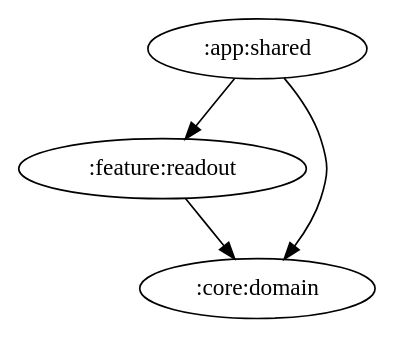
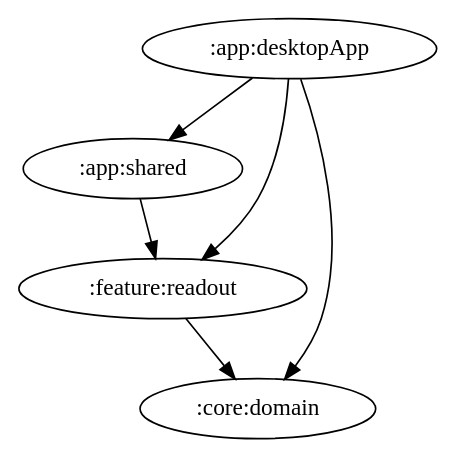
The diagram in docs/graphs/feature-readout.gv (ai-kurou/KoDriver), drawn with Graphviz before and after one commit. The commit also changed 17 other files, not shown here.

Commit message:
chore: update module graph images [skip ci]

```diff
--- a/docs/graphs/feature-readout.gv
+++ b/docs/graphs/feature-readout.gv
@@ -1,5 +1,7 @@
 digraph G {
+  ":app:desktopApp" -> ":app:shared"
+  ":app:desktopApp" -> ":core:domain"
+  ":app:desktopApp" -> ":feature:readout"
   ":app:shared" -> ":feature:readout"
-  ":app:shared" -> ":core:domain"
   ":feature:readout" -> ":core:domain"
 }
```
